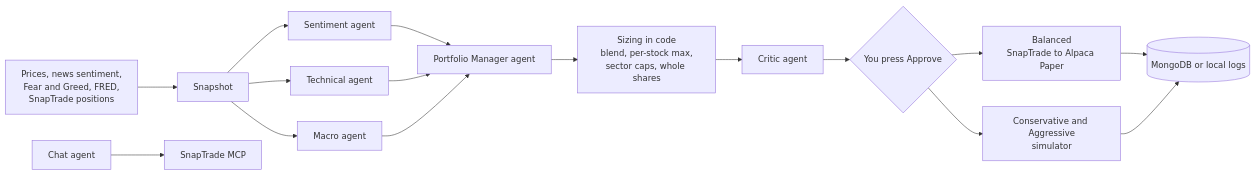
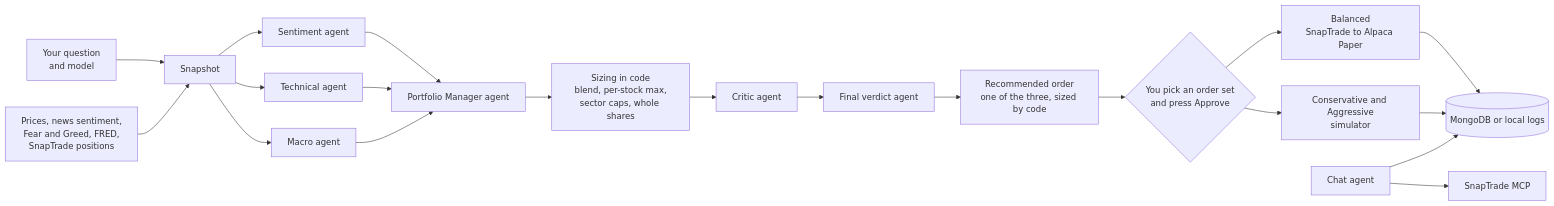
Before and after one commit to PriyanArora/snapi: the diagram in README.md, drawn with Mermaid. The commit also changed other lines of this file, not shown here.

Commit message:
feat(docs): describe the new agents, the model switcher and recent chats

````diff
--- a/README.md
+++ b/README.md
@@ -23,18 +23,22 @@
 ```mermaid
 flowchart LR
+    Question["Your question<br/>and model"] --> Snapshot
     Data["Prices, news sentiment,<br/>Fear and Greed, FRED,<br/>SnapTrade positions"] --> Snapshot["Snapshot"]
     Snapshot --> Sentiment["Sentiment agent"]
     Snapshot --> Technical["Technical agent"]
     Snapshot --> Macro["Macro agent"]
     Sentiment --> PM["Portfolio Manager agent"]
     Technical --> PM
     Macro --> PM
     PM --> Size["Sizing in code<br/>blend, per-stock max,<br/>sector caps, whole shares"]
     Size --> Critic["Critic agent"]
-    Critic --> Approve{"You press Approve"}
+    Critic --> Verdict["Final verdict agent"]
+    Verdict --> Recommended["Recommended order<br/>one of the three, sized by code"]
+    Recommended --> Approve{"You pick an order set<br/>and press Approve"}
     Approve --> Balanced["Balanced<br/>SnapTrade to Alpaca Paper"]
     Approve --> Simulated["Conservative and Aggressive<br/>simulator"]
     Balanced --> Store[("MongoDB or local logs")]
     Simulated --> Store
     Chat["Chat agent"] --> MCP["SnapTrade MCP"]
+    Chat --> Store
 ```
````
